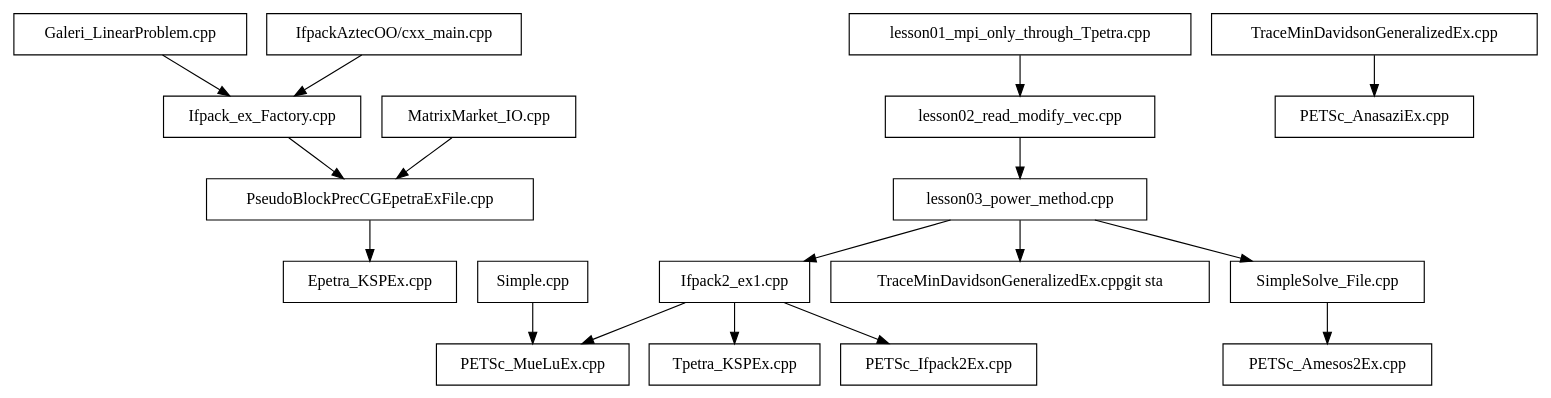
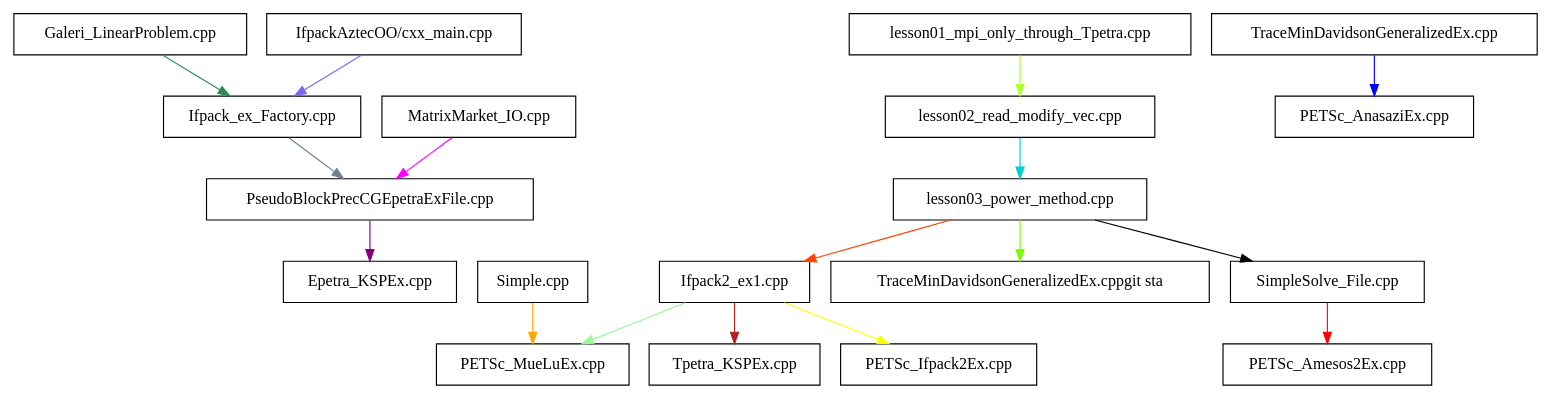
One commit to duongdo27/TrilinosConceptMap changed the diagram in markdown/map.dot. Above: the diagram before and after it, drawn with Graphviz.

Commit message:
Add color for map

```diff
--- a/markdown/map.dot
+++ b/markdown/map.dot
@@ -1,19 +1,19 @@
 digraph G {
   node [shape = box];
-  "PseudoBlockPrecCGEpetraExFile.cpp" -> "Epetra_KSPEx.cpp"
-  "SimpleSolve_File.cpp" -> "PETSc_Amesos2Ex.cpp"
-  "TraceMinDavidsonGeneralizedEx.cpp" -> "PETSc_AnasaziEx.cpp"
-  "Ifpack2_ex1.cpp" -> "PETSc_Ifpack2Ex.cpp"
-  "Simple.cpp" -> "PETSc_MueLuEx.cpp"
-  "Ifpack2_ex1.cpp" -> "PETSc_MueLuEx.cpp"
-  "Ifpack2_ex1.cpp" -> "Tpetra_KSPEx.cpp"
-  "lesson03_power_method.cpp" -> "TraceMinDavidsonGeneralizedEx.cppgit sta"
-  "lesson03_power_method.cpp" -> "SimpleSolve_File.cpp"
-  "Ifpack_ex_Factory.cpp" -> "PseudoBlockPrecCGEpetraExFile.cpp"
-  "MatrixMarket_IO.cpp" -> "PseudoBlockPrecCGEpetraExFile.cpp"
-  "Galeri_LinearProblem.cpp" -> "Ifpack_ex_Factory.cpp"
-  "IfpackAztecOO/cxx_main.cpp" -> "Ifpack_ex_Factory.cpp"
-  "lesson03_power_method.cpp" -> "Ifpack2_ex1.cpp"
-  "lesson01_mpi_only_through_Tpetra.cpp" -> "lesson02_read_modify_vec.cpp"
-  "lesson02_read_modify_vec.cpp" -> "lesson03_power_method.cpp"
+  "PseudoBlockPrecCGEpetraExFile.cpp" -> "Epetra_KSPEx.cpp" [colorscheme="svg" color="purple"]
+  "SimpleSolve_File.cpp" -> "PETSc_Amesos2Ex.cpp" [colorscheme="svg" color="red"]
+  "TraceMinDavidsonGeneralizedEx.cpp" -> "PETSc_AnasaziEx.cpp" [colorscheme="svg" color="blue"]
+  "Ifpack2_ex1.cpp" -> "PETSc_Ifpack2Ex.cpp" [colorscheme="svg" color="yellow"]
+  "Simple.cpp" -> "PETSc_MueLuEx.cpp" [colorscheme="svg" color="orange"]
+  "Ifpack2_ex1.cpp" -> "PETSc_MueLuEx.cpp" [colorscheme="svg" color="palegreen"]
+  "Ifpack2_ex1.cpp" -> "Tpetra_KSPEx.cpp" [colorscheme="svg" color="firebrick"]
+  "lesson03_power_method.cpp" -> "TraceMinDavidsonGeneralizedEx.cppgit sta" [colorscheme="svg" color="lawngreen"]
+  "lesson03_power_method.cpp" -> "SimpleSolve_File.cpp" [colorscheme="svg" color="teal`"]
+  "Ifpack_ex_Factory.cpp" -> "PseudoBlockPrecCGEpetraExFile.cpp" [colorscheme="svg" color="slategrey"]
+  "MatrixMarket_IO.cpp" -> "PseudoBlockPrecCGEpetraExFile.cpp" [colorscheme="svg" color="fuchsia"]
+  "Galeri_LinearProblem.cpp" -> "Ifpack_ex_Factory.cpp" [colorscheme="svg" color="seagreen"]
+  "IfpackAztecOO/cxx_main.cpp" -> "Ifpack_ex_Factory.cpp" [colorscheme="svg" color="mediumslateblue"]
+  "lesson03_power_method.cpp" -> "Ifpack2_ex1.cpp" [colorscheme="svg" color="orangered"]
+  "lesson01_mpi_only_through_Tpetra.cpp" -> "lesson02_read_modify_vec.cpp" [colorscheme="svg" color="greenyellow"]
+  "lesson02_read_modify_vec.cpp" -> "lesson03_power_method.cpp" [colorscheme="svg" color="darkturquoise"]
 }
```
